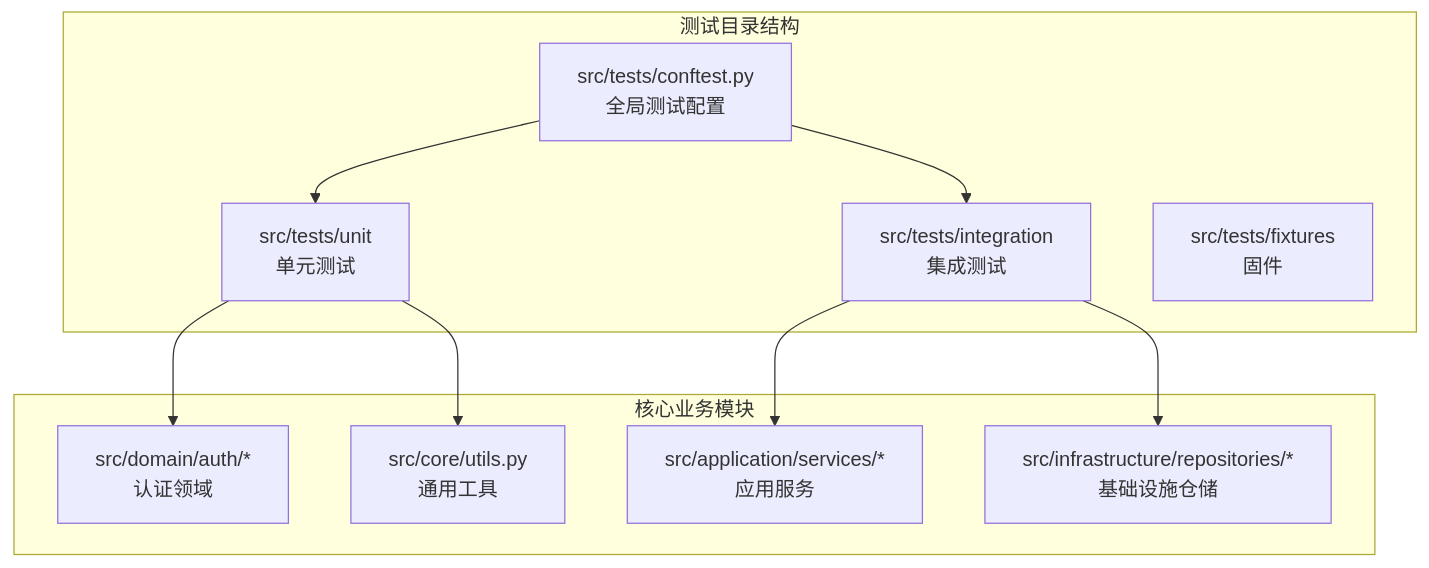
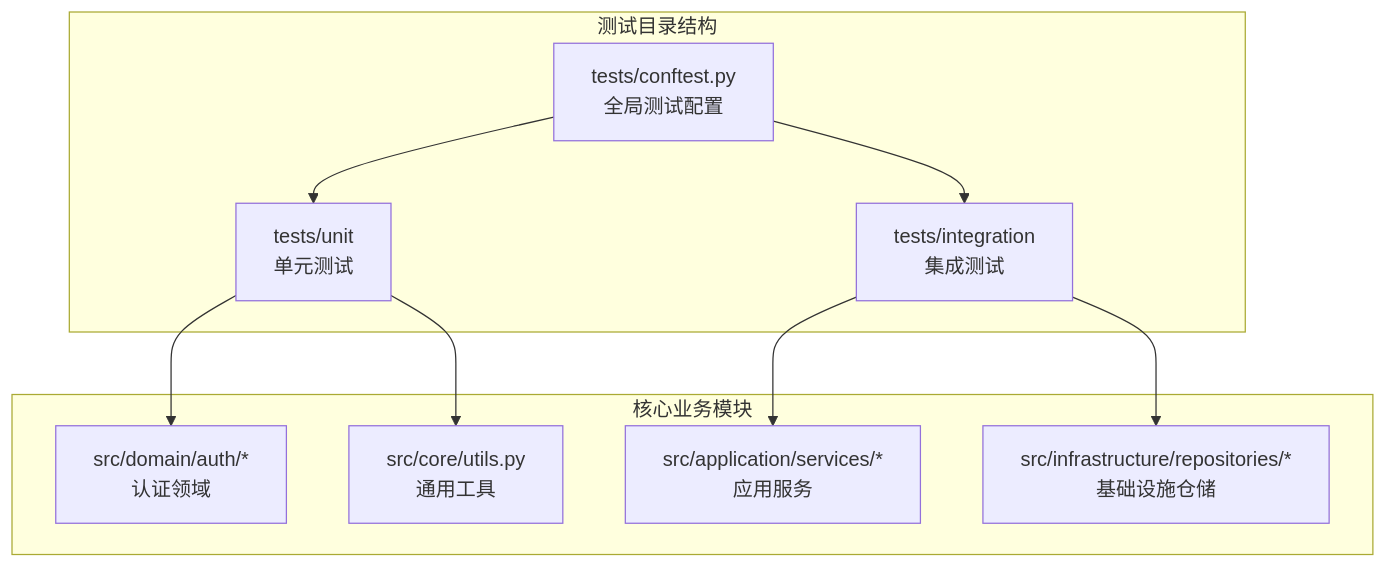
Before and after one commit to taoweidong/Hello-FastApi: the first of 6 diagrams in .qoder/repowiki/zh/content/测试策略/测试策略.md, drawn with Mermaid. The commit also changed other lines of this file and 7 other files, not shown here.

````diff
--- a/.qoder/repowiki/zh/content/测试策略/测试策略.md
+++ b/.qoder/repowiki/zh/content/测试策略/测试策略.md
@@ -44,21 +49,20 @@
 ```mermaid
 graph TB
 subgraph "测试目录结构"
-U["src/tests/unit<br/>单元测试"]
-I["src/tests/integration<br/>集成测试"]
-F["src/tests/fixtures<br/>固件"]
-C["src/tests/conftest.py<br/>全局测试配置"]
+U["tests/unit<br/>单元测试"]
+I["tests/integration<br/>集成测试"]
+C["tests/conftest.py<br/>全局测试配置"]
 end
 subgraph "核心业务模块"
 P["src/domain/auth/*<br/>认证领域"]
 K["src/core/utils.py<br/>通用工具"]
 S["src/application/services/*<br/>应用服务"]
 R["src/infrastructure/repositories/*<br/>基础设施仓储"]
 end
 U --> P
 U --> K
 I --> S
 I --> R
 C --> I
 C --> U
 ```
````
